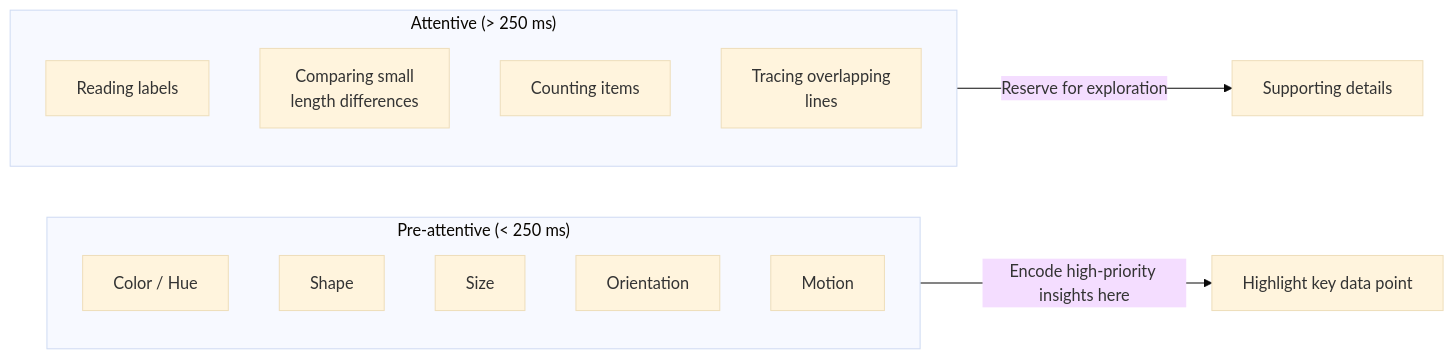
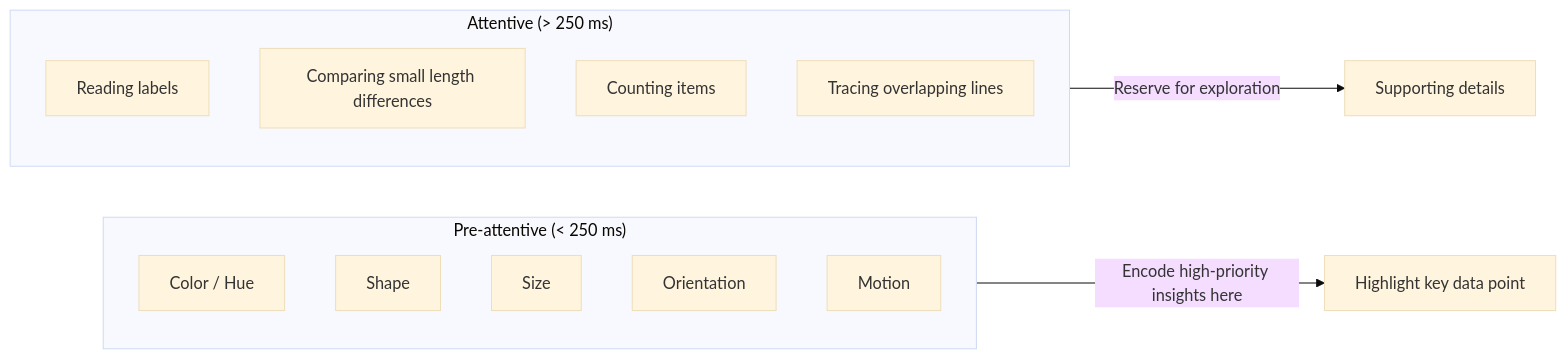
One commit to codebyshennan/dsai changed the first of 2 diagrams in docs/3-data-visualization/3.1-intro-data-viz/visualization-principles.md. Above: the diagram before and after it, drawn with Mermaid (base theme). The commit also changed 2 other files, not shown here.

Commit message:
fix: remove remaining backslash-n from node labels and bump Mermaid to 11.4.1
Previous fix cleared \n from edge labels and one node label but missed:
- AX1/AX2/PLOT in matplotlib-basics graph TD
- A2/A4 in visualization-principles graph LR

Also bumps CDN from mermaid@11.4.0 to 11.4.1 (patch that fixes flowchart
parse edge-cases; closes version gap with mmdc validation target).

````diff
--- a/docs/3-data-visualization/3.1-intro-data-viz/visualization-principles.md
+++ b/docs/3-data-visualization/3.1-intro-data-viz/visualization-principles.md
@@ -47,18 +47,18 @@
 ```mermaid
 graph LR
     subgraph PA["Pre-attentive  (< 250 ms)"]
         P1["Color / Hue"]
         P2["Shape"]
         P3["Size"]
         P4["Orientation"]
         P5["Motion"]
     end
     subgraph AT["Attentive  (> 250 ms)"]
         A1["Reading labels"]
-        A2["Comparing small\nlength differences"]
+        A2["Comparing small length differences"]
         A3["Counting items"]
-        A4["Tracing overlapping\nlines"]
+        A4["Tracing overlapping lines"]
     end
     PA -->|Encode high-priority insights here| highlight["Highlight key data point"]
     AT -->|Reserve for exploration| detail["Supporting details"]
 ```
````
